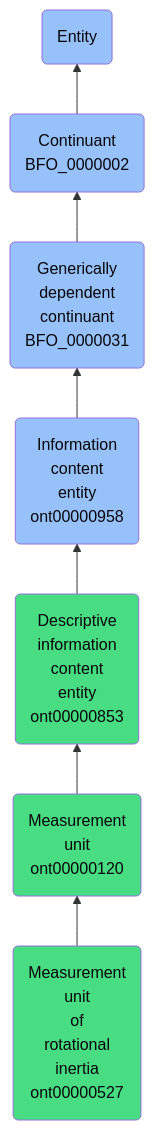
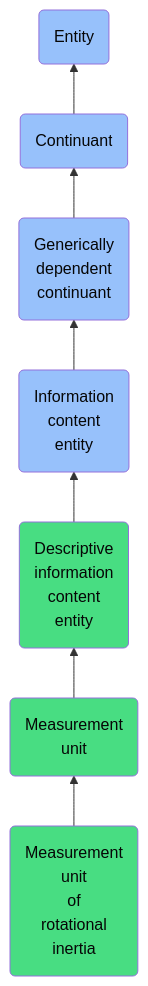
One commit to jupyter-naas/abi changed the diagram in docs/ontology/reference/model/Entity/Continuant/Generically dependent continuant/Information content entity/Descriptive information content entity/Measurement unit/Measurement unit of rotational inertia/Measurement unit of rotational inertia.md. Above: the diagram before and after it, drawn with Mermaid. The commit also changed other lines of this file and 1430 other files, not shown here.

````diff
--- a/docs/ontology/reference/model/Entity/Continuant/Generically dependent continuant/Information content entity/Descriptive information content entity/Measurement unit/Measurement unit of rotational inertia/Measurement unit of rotational inertia.md
+++ b/docs/ontology/reference/model/Entity/Continuant/Generically dependent continuant/Information content entity/Descriptive information content entity/Measurement unit/Measurement unit of rotational inertia/Measurement unit of rotational inertia.md
@@ -25,14 +25,14 @@
 ```mermaid
 graph BT
-    ont00000527(Measurement<br>unit<br>of<br>rotational<br>inertia<br>ont00000527):::ABI-->ont00000120
-    ont00000120(Measurement<br>unit<br>ont00000120):::ABI-->ont00000853
-    ont00000853(Descriptive<br>information<br>content<br>entity<br>ont00000853):::ABI-->ont00000958
-    ont00000958(Information<br>content<br>entity<br>ont00000958):::BFO-->BFO_0000031
-    BFO_0000031(Generically<br>dependent<br>continuant<br>BFO_0000031):::BFO-->BFO_0000002
-    BFO_0000002(Continuant<br>BFO_0000002):::BFO-->BFO_0000001
+    ont00000527(Measurement<br>unit<br>of<br>rotational<br>inertia):::ABI-->ont00000120
+    ont00000120(Measurement<br>unit):::ABI-->ont00000853
+    ont00000853(Descriptive<br>information<br>content<br>entity):::ABI-->ont00000958
+    ont00000958(Information<br>content<br>entity):::BFO-->BFO_0000031
+    BFO_0000031(Generically<br>dependent<br>continuant):::BFO-->BFO_0000002
+    BFO_0000002(Continuant):::BFO-->BFO_0000001
     BFO_0000001(Entity):::BFO
     
     classDef BFO fill:#97c1fb,color:#060606
     classDef CCO fill:#e4c51e,color:#060606
     classDef ABI fill:#48DD82,color:#060606
 ```
````
